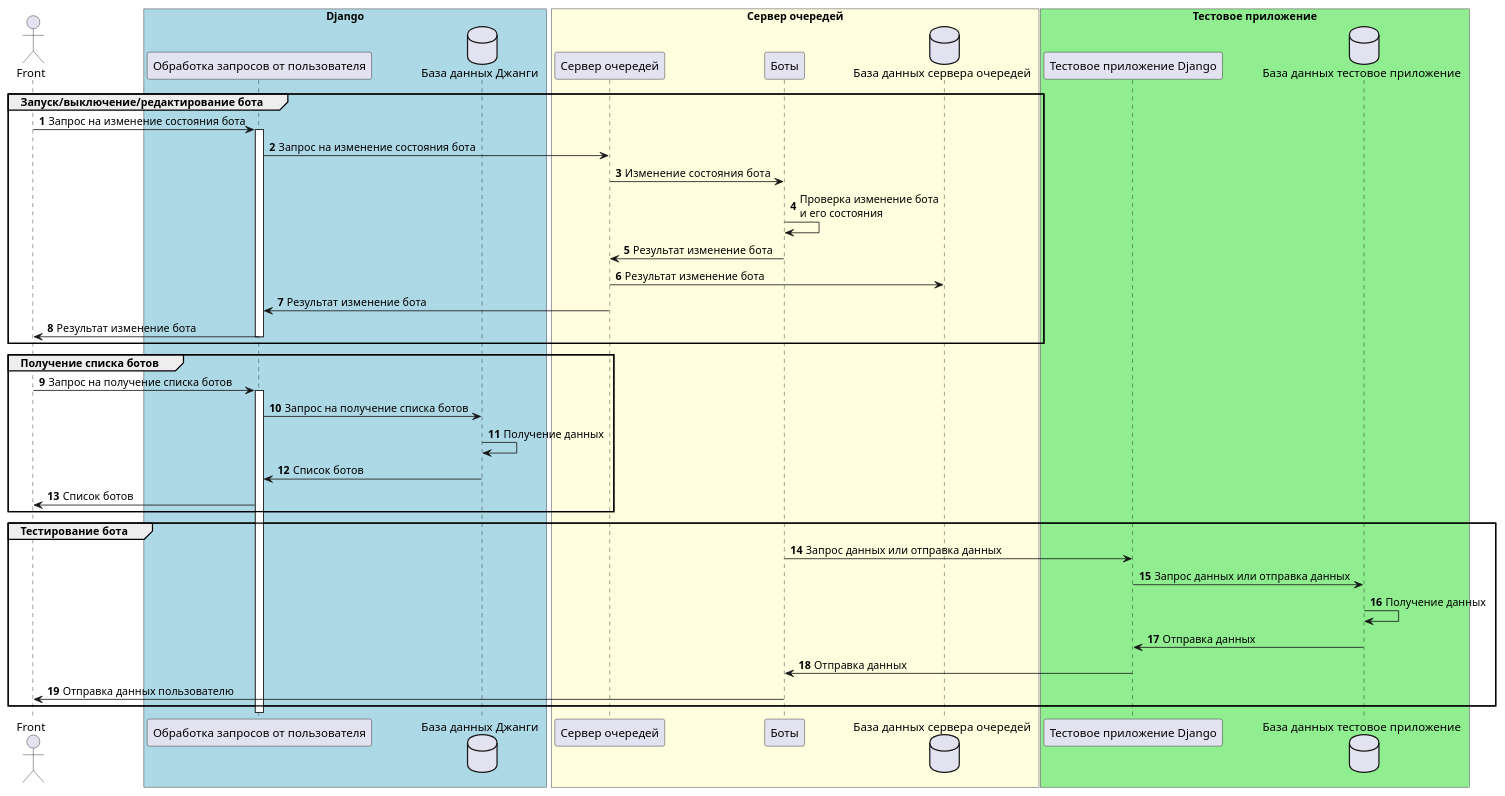
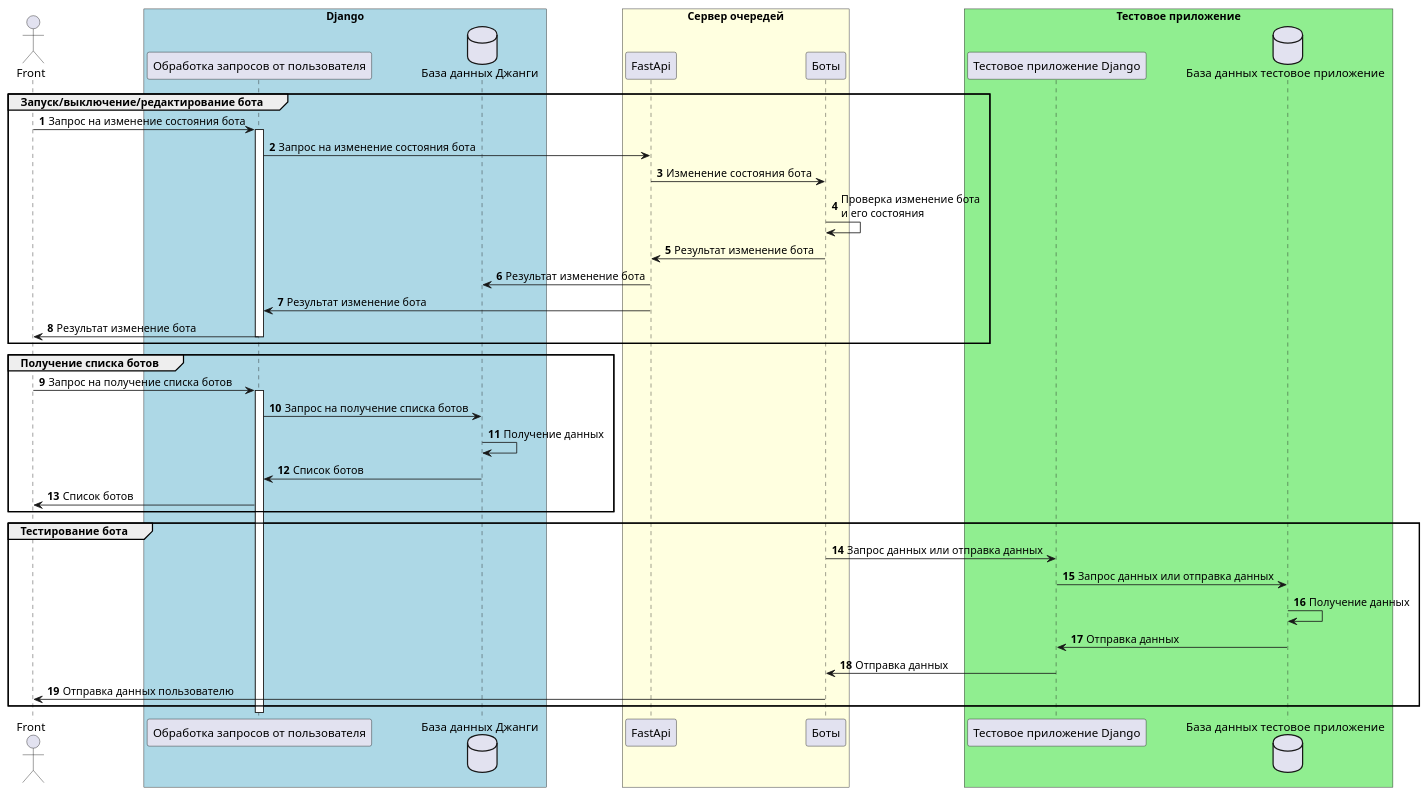
The diagram in uml/uml.puml (modular-platform-it/backend), drawn with PlantUML before and after one commit.

```diff
--- a/uml/uml.puml
+++ b/uml/uml.puml
@@ -1,48 +1,48 @@
 @startuml
 actor "Front" as front
 autonumber
 
 box "Django" #LightBlue
     participant "Обработка запросов от пользователя" as dj
     database "База данных Джанги" as db
 end box
 
 box "Сервер очередей" #LightYellow
-    participant "Сервер очередей" as quire
+    participant "FastApi" as quire
     participant "Боты" as bots
-    database "База данных сервера очередей" as dbq
+
 end box
 
 box "Тестовое приложение" #LightGreen
     participant "Тестовое приложение Django" as test
     database "База данных тестовое приложение" as dbt
 end box
 
 group Запуск/выключение/редактирование бота
     front -> dj++: Запрос на изменение состояния бота
     dj -> quire: Запрос на изменение состояния бота
     quire -> bots: Изменение  состояния бота
     bots -> bots: Проверка изменение бота\nи его состояния
     bots -> quire: Результат изменение бота
-    quire -> dbq: Результат изменение бота
+    quire -> db: Результат изменение бота
     quire -> dj: Результат изменение бота
     dj ->  front--:  Результат изменение бота
 end
 
 group Получение списка ботов
     front -> dj++: Запрос на получение списка ботов
     dj -> db: Запрос на получение списка ботов
     db -> db: Получение данных
     db -> dj: Cписок ботов
     dj -> front: Cписок ботов
 end
 
 group Тестирование бота
     bots -> test: Запрос данных или отправка данных
     test -> dbt: Запрос данных или отправка данных
     dbt -> dbt: Получение данных
     dbt -> test: Отправка данных
     test -> bots: Отправка данных
     bots -> front: Отправка данных пользователю
 end
 @enduml
```
